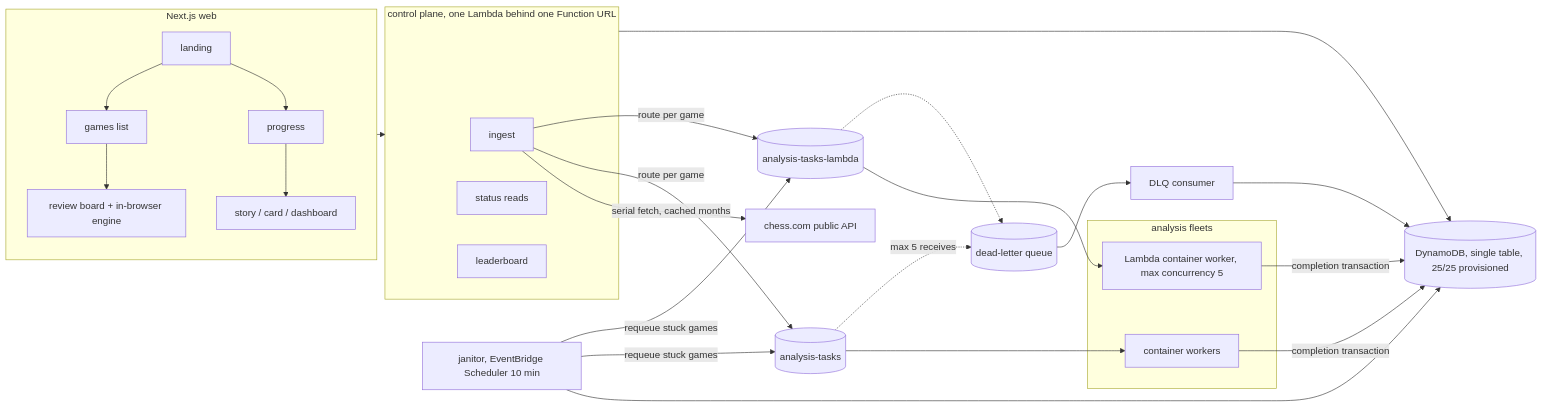
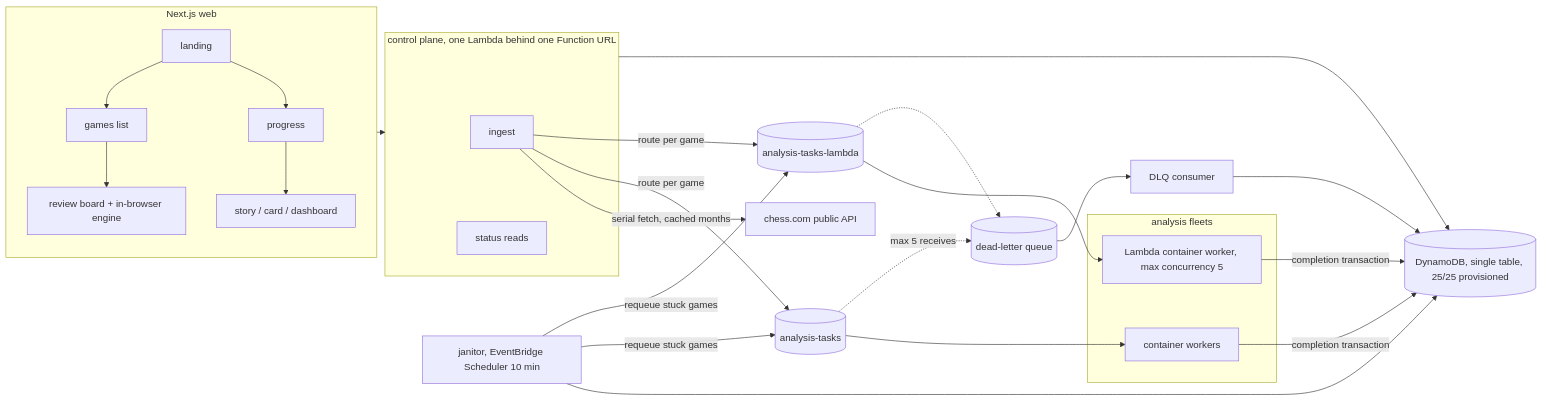
Before and after one commit to Aksh1810/Forked: the diagram in README.md, drawn with Mermaid. The commit also changed other lines of this file and 17 other files, not shown here.

````diff
--- a/README.md
+++ b/README.md
@@ -24,35 +24,34 @@
 ```mermaid
 flowchart LR
   subgraph web [Next.js web]
     L[landing] --> G[games list] --> R[review board + in-browser engine]
     L --> P[progress] --> S[story / card / dashboard]
   end
   subgraph control [control plane, one Lambda behind one Function URL]
     I[ingest]
     ST[status reads]
-    LB[leaderboard]
   end
   subgraph workers [analysis fleets]
     W1[container workers]
     W2[Lambda container worker, max concurrency 5]
   end
   J[janitor, EventBridge Scheduler 10 min]
   Q1[(analysis-tasks)]
   Q2[(analysis-tasks-lambda)]
   DLQ[(dead-letter queue)] --> DC[DLQ consumer]
   DB[(DynamoDB, single table, 25/25 provisioned)]
   CC[chess.com public API]
 
   web --> control
   I -->|serial fetch, cached months| CC
   I -->|route per game| Q1 & Q2
   Q1 --> W1
   Q2 --> W2
   Q1 -.max 5 receives.-> DLQ
   Q2 -.-> DLQ
   W1 & W2 -->|completion transaction| DB
   control --> DB
   J --> DB
   J -->|requeue stuck games| Q1 & Q2
   DC --> DB
 ```
````
